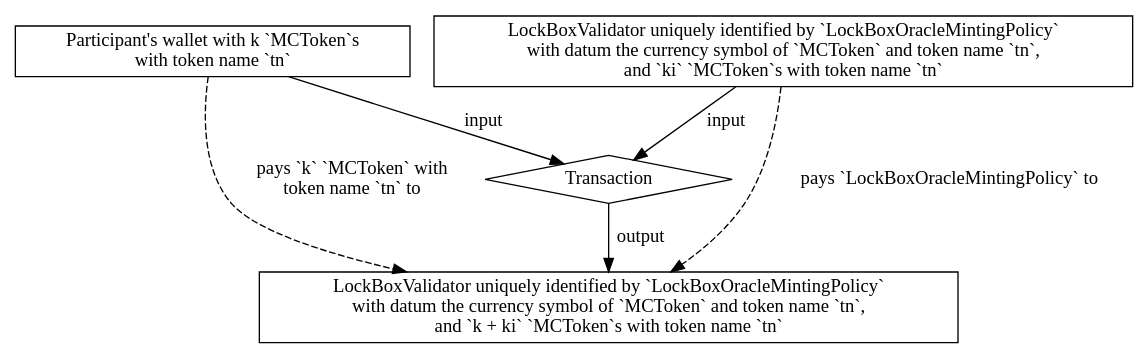
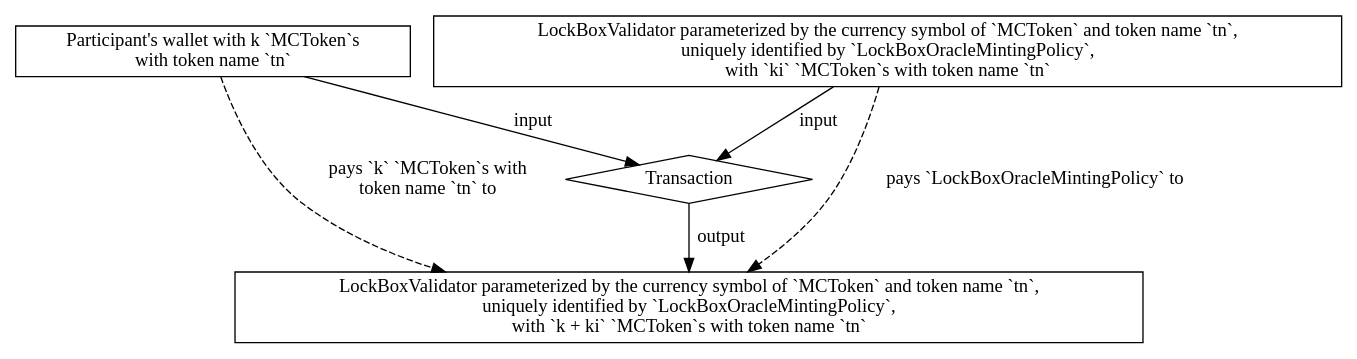
The diagram in docs/SIPs/07-ModularisingTokenHandling/NftLockBoxMainchainToSidechain.dot (input-output-hk/partner-chains-smart-contracts), drawn with Graphviz before and after one commit. The commit also changed 6 other files, not shown here.

```diff
--- a/docs/SIPs/07-ModularisingTokenHandling/NftLockBoxMainchainToSidechain.dot
+++ b/docs/SIPs/07-ModularisingTokenHandling/NftLockBoxMainchainToSidechain.dot
@@ -1,15 +1,16 @@
 strict digraph {
   node [shape=record]
   // graph [nodesep="1", ranksep="1"]
 
   UserWallet [ label = "Participant's wallet with k `MCToken`s\nwith token name `tn`"];
-  LockBoxValidator1 [ label = "LockBoxValidator uniquely identified by `LockBoxOracleMintingPolicy`\nwith datum the currency symbol of `MCToken` and token name `tn`,\nand `ki` `MCToken`s with token name `tn`"];
+  LockBoxValidator1 [ label = "LockBoxValidator parameterized by the currency symbol of `MCToken` and token name `tn`,\nuniquely identified by `LockBoxOracleMintingPolicy`,\nwith `ki` `MCToken`s with token name `tn`"];
   Transaction [ shape=diamond ];
-  LockBoxValidator2 [ label = "LockBoxValidator uniquely identified by `LockBoxOracleMintingPolicy`\nwith datum the currency symbol of `MCToken` and token name `tn`,\nand `k + ki` `MCToken`s with token name `tn`"];
+
+  LockBoxValidator2 [ label = "LockBoxValidator parameterized by the currency symbol of `MCToken` and token name `tn`,\nuniquely identified by `LockBoxOracleMintingPolicy`,\nwith `k + ki` `MCToken`s with token name `tn`"];
 
   UserWallet -> Transaction [ label = "input" ];
   LockBoxValidator1 -> Transaction [ label = "input"];
   Transaction -> LockBoxValidator2 [ label = "output"];
-  UserWallet -> LockBoxValidator2 [ label = "pays `k` `MCToken` with\ntoken name `tn` to", style=dashed ];
+  UserWallet -> LockBoxValidator2 [ label = "pays `k` `MCToken`s with\ntoken name `tn` to", style=dashed ];
   LockBoxValidator1 -> LockBoxValidator2 [ label = "pays `LockBoxOracleMintingPolicy` to", style=dashed];
 }
```
